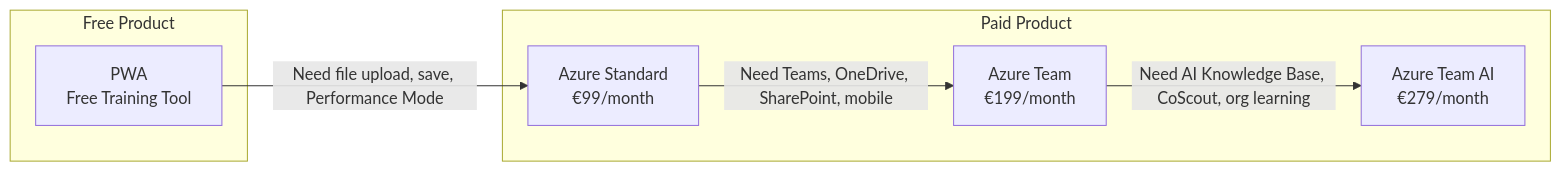
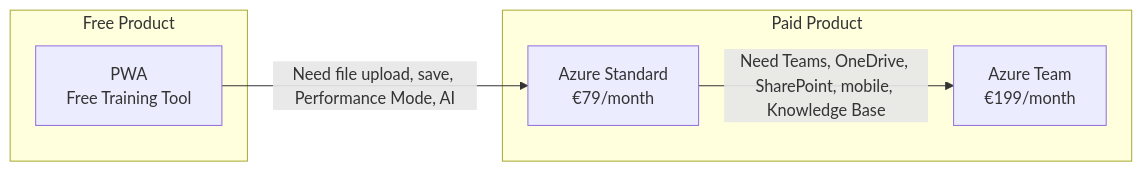
One commit to jukka-matti/variscout changed the diagram in docs/08-products/index.md. Above: the diagram before and after it, drawn with Mermaid. The commit also changed other lines of this file and 58 other files, not shown here.

````diff
--- a/docs/08-products/index.md
+++ b/docs/08-products/index.md
@@ -17,16 +17,14 @@
 ```mermaid
 flowchart LR
     subgraph Paid["Paid Product"]
-        A1[Azure Standard<br/>€99/month]
+        A1[Azure Standard<br/>€79/month]
         A2[Azure Team<br/>€199/month]
-        A3[Azure Team AI<br/>€279/month]
     end
 
     subgraph Free["Free Product"]
         C[PWA<br/>Free Training Tool]
     end
 
-    C -->|"Need file upload, save, Performance Mode"| A1
-    A1 -->|"Need Teams, OneDrive, SharePoint, mobile"| A2
-    A2 -->|"Need AI Knowledge Base, CoScout, org learning"| A3
+    C -->|"Need file upload, save, Performance Mode, AI"| A1
+    A1 -->|"Need Teams, OneDrive, SharePoint, mobile, Knowledge Base"| A2
 ```
````
